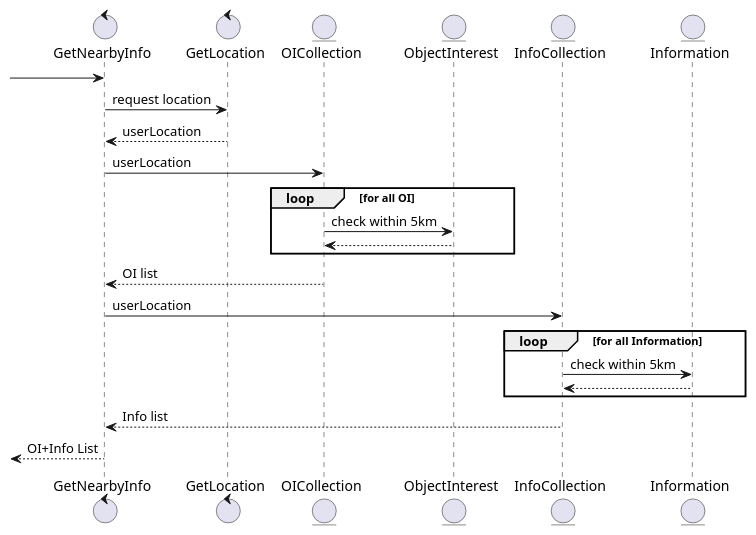
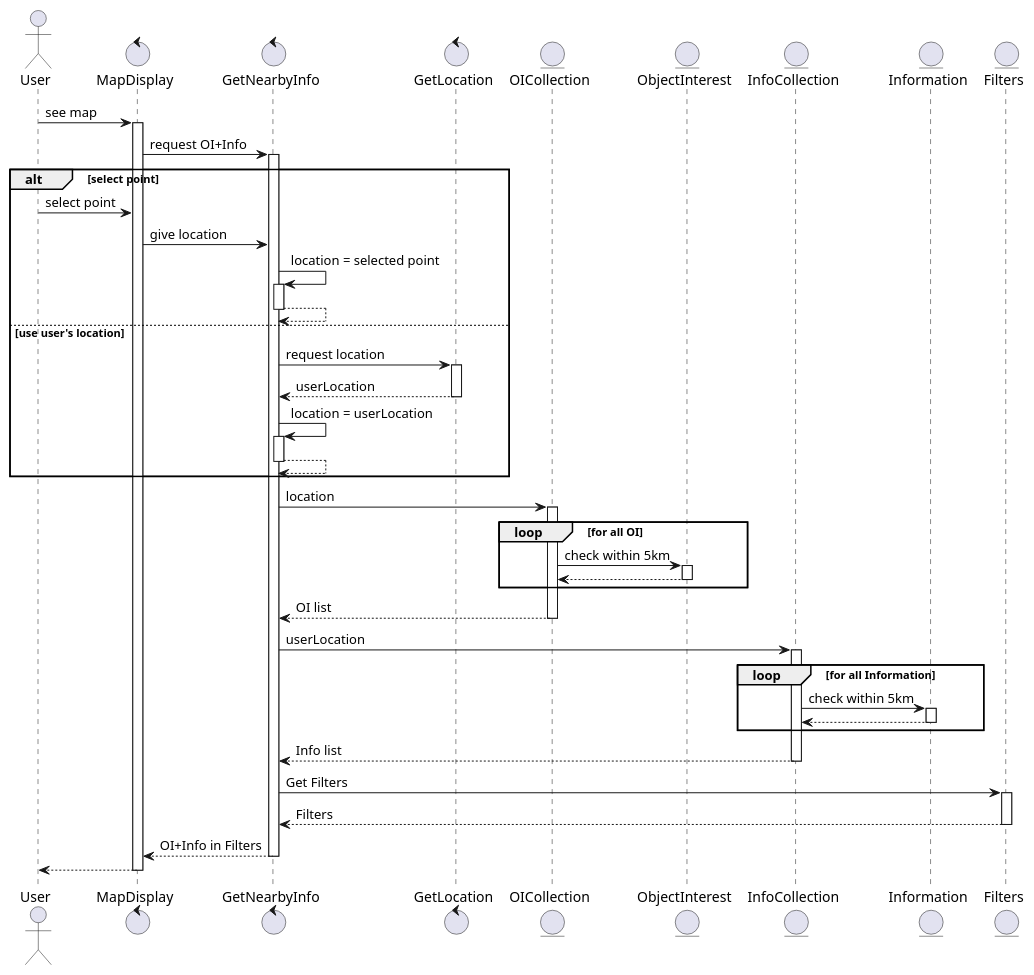
One commit to Jennglebell/CZ2006-AAAAAA changed the diagram in lab2/Sequence Diagram.puml. Above: the diagram before and after it, drawn with PlantUML. The commit also changed 4 other files, not shown here.

First line of the commit message:
Updated Sequence Diagram

```diff
--- a/lab2/Sequence Diagram.puml
+++ b/lab2/Sequence Diagram.puml
@@ -1,25 +1,61 @@
 @startuml Sequence Diagram
+actor User
+control MapDisplay
 control GetNearbyInfo
 control GetLocation
 entity OICollection
 entity ObjectInterest
 entity InfoCollection
 entity Information
+entity Filters
 
--> GetNearbyInfo
+User -> MapDisplay: see map
+activate MapDisplay
+MapDisplay -> GetNearbyInfo: request OI+Info
+activate GetNearbyInfo
+alt select point
+User -> MapDisplay: select point
+MapDisplay -> GetNearbyInfo: give location
+GetNearbyInfo -> GetNearbyInfo: location = selected point
+activate GetNearbyInfo
+GetNearbyInfo --> GetNearbyInfo
+deactivate GetNearbyInfo
+else use user's location
 GetNearbyInfo -> GetLocation: request location
+activate GetLocation
 GetLocation --> GetNearbyInfo: userLocation
-GetNearbyInfo -> OICollection: userLocation
+deactivate GetLocation
+GetNearbyInfo -> GetNearbyInfo: location = userLocation
+activate GetNearbyInfo
+GetNearbyInfo --> GetNearbyInfo
+deactivate GetNearbyInfo
+end
+GetNearbyInfo -> OICollection: location
+activate OICollection
 loop for all OI
 	OICollection -> ObjectInterest: check within 5km
+	activate ObjectInterest
 	ObjectInterest --> OICollection
+	deactivate ObjectInterest
 end
 OICollection --> GetNearbyInfo: OI list
+deactivate OICollection
 GetNearbyInfo -> InfoCollection: userLocation
+activate InfoCollection
 loop for all Information
 	InfoCollection -> Information: check within 5km
+	activate Information
 	Information --> InfoCollection
+	deactivate Information
 end
 InfoCollection --> GetNearbyInfo: Info list
-<-- GetNearbyInfo : OI+Info List
+deactivate InfoCollection
+GetNearbyInfo -> Filters: Get Filters
+activate Filters
+Filters --> GetNearbyInfo: Filters
+deactivate Filters
+MapDisplay <-- GetNearbyInfo : OI+Info in Filters
+deactivate GetNearbyInfo
+MapDisplay --> User
+deactivate MapDisplay
 @enduml
```
